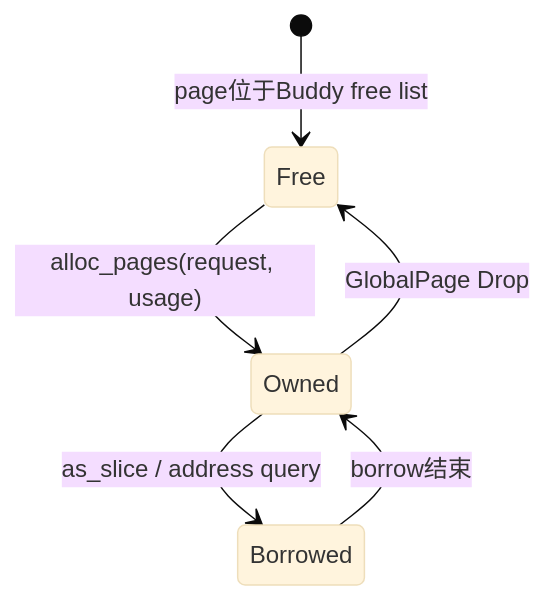
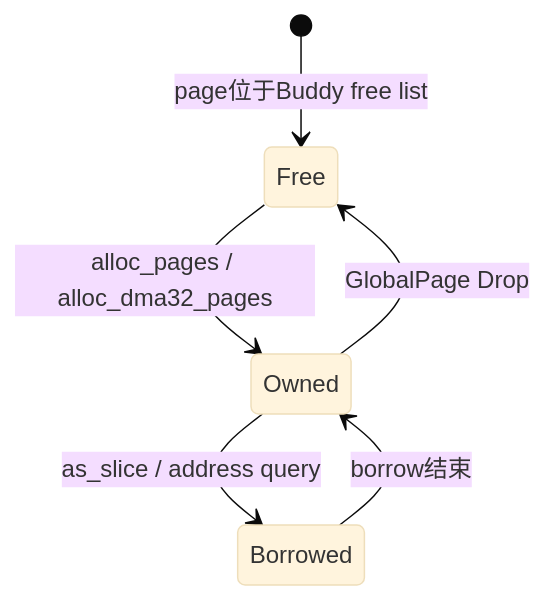
One commit to rcore-os/tgoskits changed the third of 3 diagrams in docs/docs/architecture/memory/runtime-allocator.md. Above: the diagram before and after it, drawn with Mermaid (base theme). The commit also changed other lines of this file and 13 other files, not shown here.

Commit message:
docs(memory): align architecture docs with actual implementation

````diff
--- a/docs/docs/architecture/memory/runtime-allocator.md
+++ b/docs/docs/architecture/memory/runtime-allocator.md
@@ -368,8 +359,8 @@
 ```mermaid
 stateDiagram-v2
     [*] --> Free: page位于Buddy free list
-    Free --> Owned: alloc_pages(request, usage)
+    Free --> Owned: alloc_pages / alloc_dma32_pages
     Owned --> Borrowed: as_slice / address query
     Borrowed --> Owned: borrow结束
     Owned --> Free: GlobalPage Drop
 ```
````
